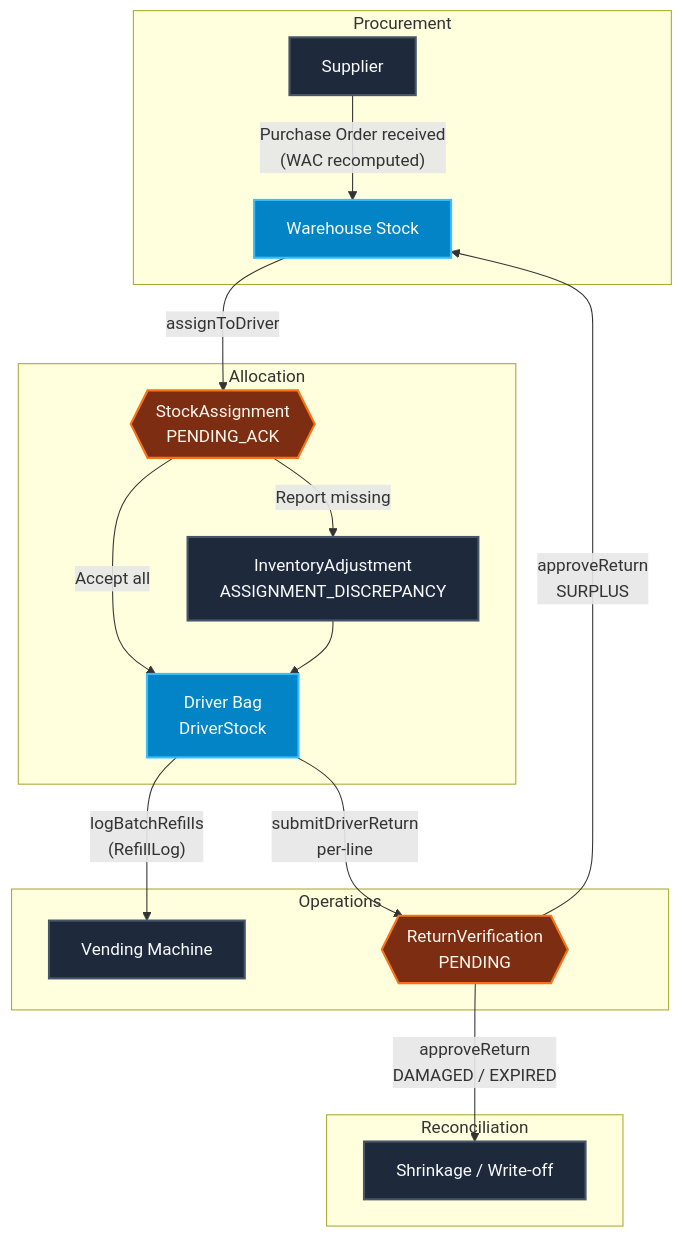
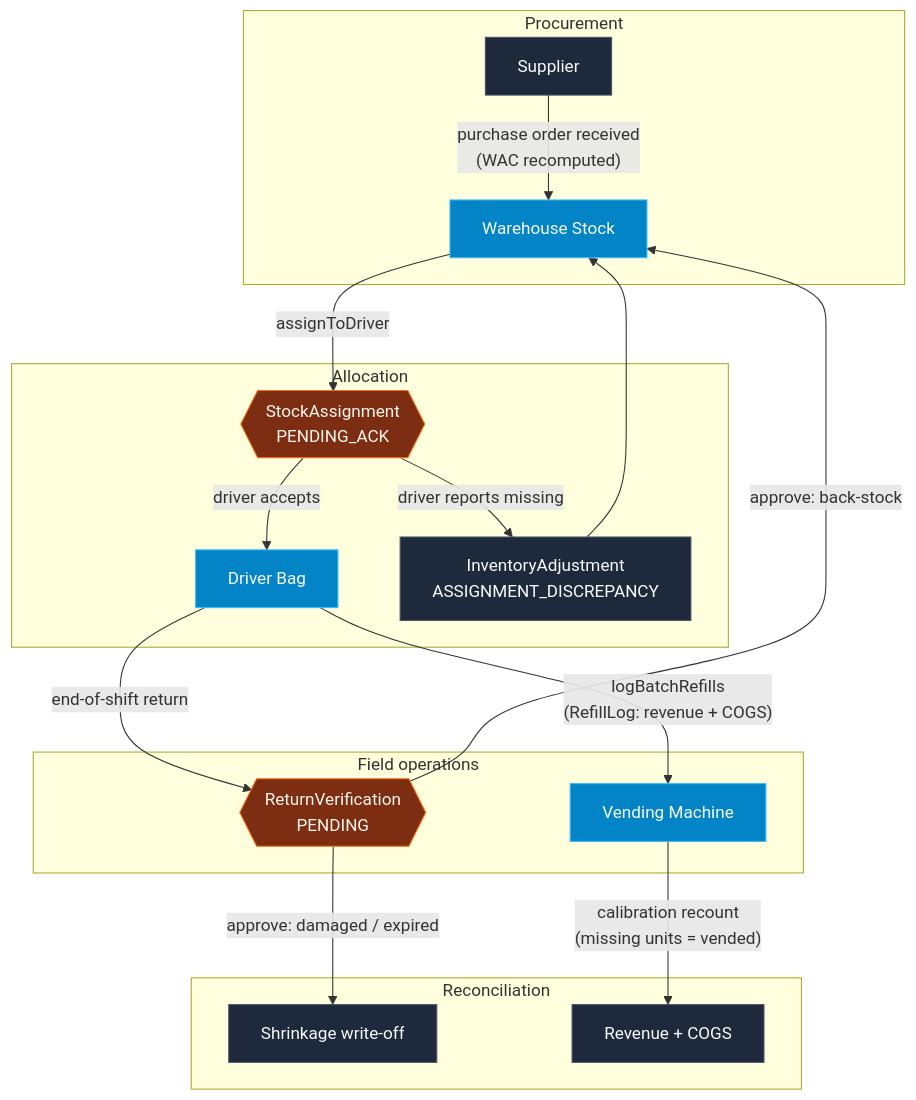
The second of 2 diagrams in README.md (anaCS-26/Vending-Manager), drawn with Mermaid before and after one commit. The commit also changed other lines of this file, not shown here.

First line of the commit message:
docs: rewrite the README around the inventory lifecycle

````diff
--- a/README.md
+++ b/README.md
@@ -44,34 +115,31 @@
 ```mermaid
 flowchart TD
     subgraph Procurement
-        S[Supplier] -- Purchase Order received<br/>(WAC recomputed) --> W[Warehouse Stock]
+        S[Supplier] -- "purchase order received<br/>(WAC recomputed)" --> W[Warehouse Stock]
     end
 
     subgraph Allocation
-        W -- assignToDriver --> A{{StockAssignment<br/>PENDING_ACK}}
-        A -- Accept all --> B[Driver Bag<br/>DriverStock]
-        A -- Report missing --> X[InventoryAdjustment<br/>ASSIGNMENT_DISCREPANCY]
-        X --> B
+        W -- assignToDriver --> A{{"StockAssignment<br/>PENDING_ACK"}}
+        A -- "driver accepts" --> B[Driver Bag]
+        A -- "driver reports missing" --> X["InventoryAdjustment<br/>ASSIGNMENT_DISCREPANCY"]
+        X --> W
     end
 
-    subgraph Operations
-        B -- logBatchRefills<br/>(RefillLog) --> M[Vending Machine]
-        B -- submitDriverReturn<br/>per-line --> RV{{ReturnVerification<br/>PENDING}}
+    subgraph Field["Field operations"]
+        B -- "logBatchRefills<br/>(RefillLog: revenue + COGS)" --> M[Vending Machine]
+        B -- "end-of-shift return" --> RV{{"ReturnVerification<br/>PENDING"}}
     end
 
     subgraph Reconciliation
-        RV -- approveReturn<br/>SURPLUS --> W
-        RV -- approveReturn<br/>DAMAGED / EXPIRED --> C[Shrinkage / Write-off]
+        RV -- "approve: back-stock" --> W
+        RV -- "approve: damaged / expired" --> C[Shrinkage write-off]
+        M -- "calibration recount<br/>(missing units = vended)" --> SALE[Revenue + COGS]
     end
 
-    classDef default fill:#1e293b,stroke:#475569,stroke-width:2px,color:#f8fafc;
-    classDef highlight fill:#0284c7,stroke:#38bdf8,stroke-width:2px,color:#f8fafc;
-    classDef pending fill:#7c2d12,stroke:#f97316,stroke-width:2px,color:#fff7ed;
+    classDef default fill:#1e293b,stroke:#475569,color:#f8fafc;
+    classDef highlight fill:#0284c7,stroke:#38bdf8,color:#f8fafc;
+    classDef pending fill:#7c2d12,stroke:#f97316,color:#fff7ed;
 
-    S:::default
-    W:::highlight
-    B:::highlight
-    M:::default
-    A:::pending
-    RV:::pending
+    class W,B,M highlight;
+    class A,RV pending;
 ```
````
